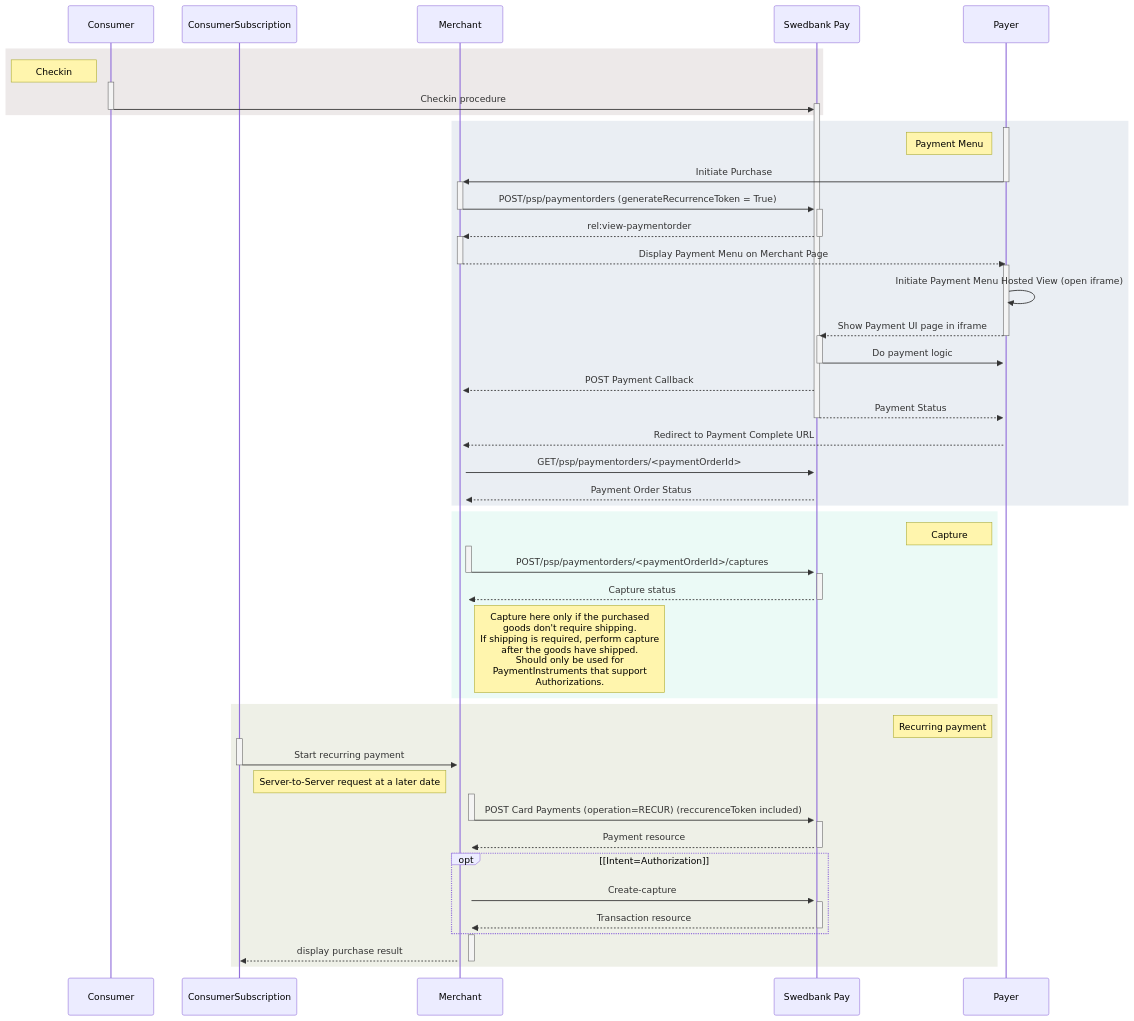
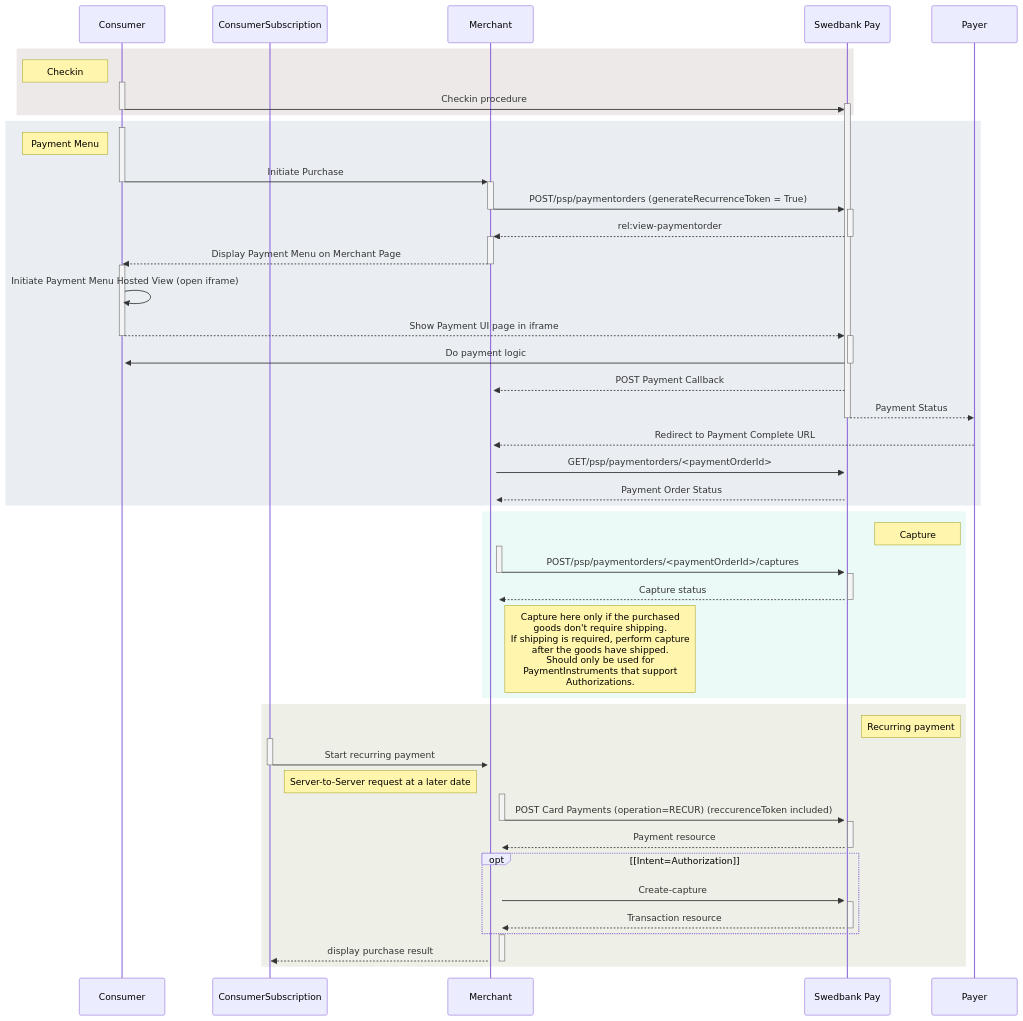
The diagram in _includes/payment-order-other-features.md (SwedbankPay/developer.swedbankpay.com), drawn with Mermaid before and after one commit. The commit also changed 9 other files, not shown here.

````diff
--- a/_includes/payment-order-other-features.md
+++ b/_includes/payment-order-other-features.md
@@ -1010,62 +1010,62 @@
 ```mermaid
 sequenceDiagram
     participant Consumer
     participant ConsumerSubscription
     participant Merchant
     participant SwedbankPay as Swedbank Pay
 
     rect rgba(81,43,43,0.1)
         note left of Consumer: Checkin
         activate Consumer
         Consumer ->>+ SwedbankPay: Checkin procedure
         deactivate Consumer
     end
     rect rgba(55, 91, 134,0.1)
-        activate Payer
-        note left of Payer: Payment Menu
-        Payer ->>+ Merchant: Initiate Purchase
-        deactivate Payer
+        activate Consumer
+        note left of Consumer: Payment Menu
+        Consumer ->>+ Merchant: Initiate Purchase
+        deactivate Consumer
         Merchant ->>+ SwedbankPay: POST/psp/paymentorders (generateRecurrenceToken = True)
         deactivate Merchant
         SwedbankPay -->>+ Merchant: rel:view-paymentorder
         deactivate SwedbankPay
-        Merchant -->>- Payer: Display Payment Menu on Merchant Page
-        activate Payer
-        Payer ->> Payer: Initiate Payment Menu Hosted View (open iframe)
-        Payer -->>+ SwedbankPay: Show Payment UI page in iframe
-        deactivate Payer
-        SwedbankPay ->>+ Payer: Do payment logic
+        Merchant -->>- Consumer: Display Payment Menu on Merchant Page
+        activate Consumer
+        Consumer ->> Consumer: Initiate Payment Menu Hosted View (open iframe)
+        Consumer -->>+ SwedbankPay: Show Payment UI page in iframe
+        deactivate Consumer
+        SwedbankPay ->>+ Consumer: Do payment logic
         deactivate SwedbankPay
         SwedbankPay -->>+ Merchant: POST Payment Callback
         SwedbankPay -->>- Payer: Payment Status
         Payer -->>+ Merchant: Redirect to Payment Complete URL
         Merchant ->>+ SwedbankPay: GET/psp/paymentorders/<paymentOrderId>
         SwedbankPay -->>+ Merchant: Payment Order Status
     end
     rect rgba(63, 204, 164,0.1)
         note left of Payer: Capture
         activate Merchant
         Merchant ->>+ SwedbankPay: POST/psp/paymentorders/<paymentOrderId>/captures
         deactivate Merchant
         SwedbankPay -->>- Merchant: Capture status
         note right of Merchant: Capture here only if the purchased<br/>goods don't require shipping.<br/>If shipping is required, perform capture<br/>after the goods have shipped.<br>Should only be used for <br>PaymentInstruments that support <br>Authorizations.
     end
     rect rgba(94, 108, 23,0.1)
         note left of Payer: Recurring payment
         activate ConsumerSubscription
         ConsumerSubscription ->>+ Merchant: Start recurring payment
         deactivate ConsumerSubscription
         note left of Merchant: Server-to-Server request at a later date
         activate Merchant
         Merchant ->>+ SwedbankPay: POST Card Payments (operation=RECUR) (reccurenceToken included)
         deactivate Merchant
         SwedbankPay -->>- Merchant: Payment resource
 
         opt [Intent=Authorization]
             Merchant ->>+ SwedbankPay: Create-capture
             SwedbankPay -->>- Merchant: Transaction resource
         end
         activate Merchant
         Merchant -->>- ConsumerSubscription: display purchase result
     end
 ```
````
